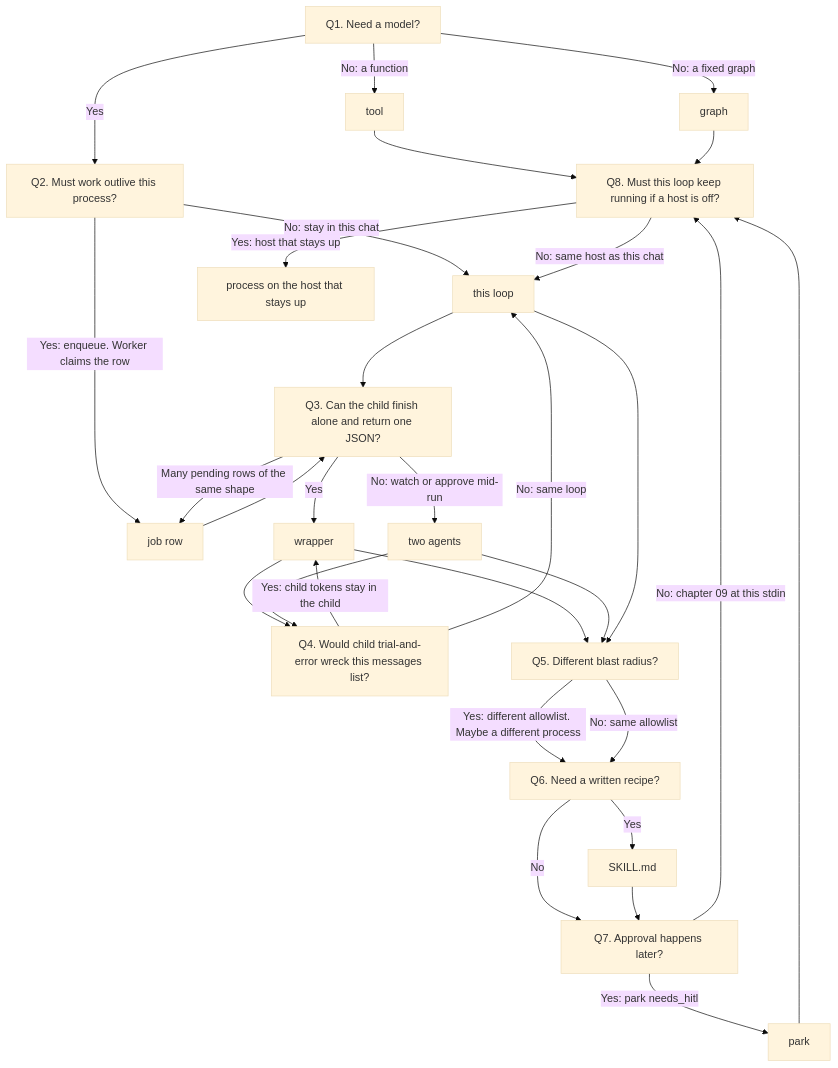
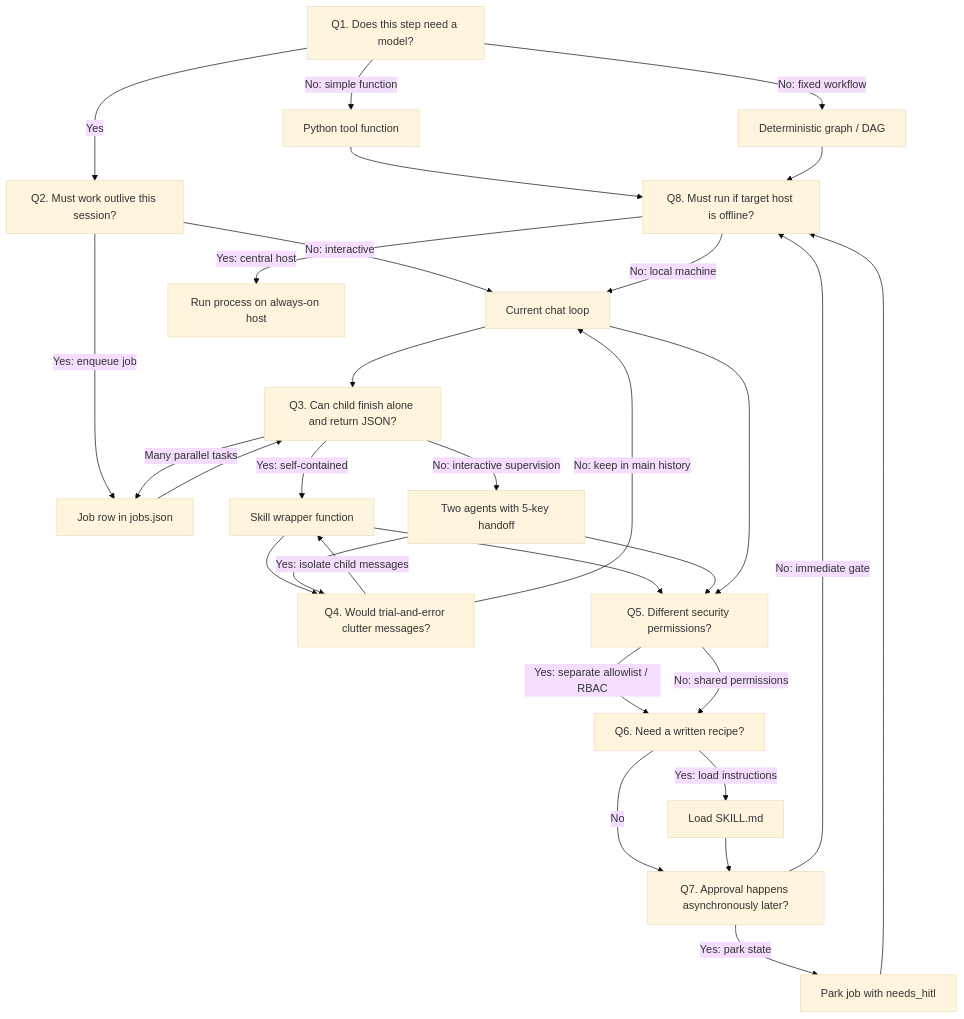
One commit to jacobbweber/AgenticAI-Labs changed the diagram in resources/decisions/01_when_x_vs_y.md. Above: the diagram before and after it, drawn with Mermaid (base theme). The commit also changed other lines of this file and 123 other files, not shown here.

````diff
--- a/resources/decisions/01_when_x_vs_y.md
+++ b/resources/decisions/01_when_x_vs_y.md
@@ -64,49 +72,50 @@
 ```mermaid
 flowchart TD
-    dec01_q1["Q1. Need a model?"]
-    dec01_tool["tool"]
-    dec01_graph["graph"]
-    dec01_q2["Q2. Must work outlive this process?"]
-    dec01_job["job row"]
-    dec01_loop["this loop"]
-    dec01_q3["Q3. Can the child finish alone and return one JSON?"]
-    dec01_wrap["wrapper"]
-    dec01_two["two agents"]
-    dec01_q4["Q4. Would child trial-and-error wreck this messages list?"]
-    dec01_q5["Q5. Different blast radius?"]
+    dec01_q1["Q1. Does this step need a model?"]
+    dec01_tool["Python tool function"]
+    dec01_graph["Deterministic graph / DAG"]
+    dec01_q2["Q2. Must work outlive this session?"]
+    dec01_job["Job row in jobs.json"]
+    dec01_loop["Current chat loop"]
+    dec01_q3["Q3. Can child finish alone and return JSON?"]
+    dec01_wrap["Skill wrapper function"]
+    dec01_two["Two agents with 5-key handoff"]
+    dec01_q4["Q4. Would trial-and-error clutter messages?"]
+    dec01_q5["Q5. Different security permissions?"]
     dec01_q6["Q6. Need a written recipe?"]
-    dec01_skill["SKILL.md"]
-    dec01_q7["Q7. Approval happens later?"]
-    dec01_park["park"]
-    dec01_q8["Q8. Must this loop keep running if a host is off?"]
-    dec01_host_up["process on the host that stays up"]
-    dec01_q1 -->|"No: a function"| dec01_tool
-    dec01_q1 -->|"No: a fixed graph"| dec01_graph
+    dec01_skill["Load SKILL.md"]
+    dec01_q7["Q7. Approval happens asynchronously later?"]
+    dec01_park["Park job with needs_hitl"]
+    dec01_q8["Q8. Must run if target host is offline?"]
+    dec01_host_up["Run process on always-on host"]
+    
+    dec01_q1 -->|"No: simple function"| dec01_tool
+    dec01_q1 -->|"No: fixed workflow"| dec01_graph
     dec01_q1 -->|"Yes"| dec01_q2
-    dec01_q2 -->|"Yes: enqueue. Worker claims the row"| dec01_job
-    dec01_q2 -->|"No: stay in this chat"| dec01_loop
+    dec01_q2 -->|"Yes: enqueue job"| dec01_job
+    dec01_q2 -->|"No: interactive"| dec01_loop
     dec01_job --> dec01_q3
     dec01_loop --> dec01_q3
-    dec01_q3 -->|"Yes"| dec01_wrap
-    dec01_q3 -->|"No: watch or approve mid-run"| dec01_two
-    dec01_q3 -->|"Many pending rows of the same shape"| dec01_job
+    dec01_q3 -->|"Yes: self-contained"| dec01_wrap
+    dec01_q3 -->|"No: interactive supervision"| dec01_two
+    dec01_q3 -->|"Many parallel tasks"| dec01_job
     dec01_wrap --> dec01_q4
     dec01_two --> dec01_q4
-    dec01_q4 -->|"Yes: child tokens stay in the child"| dec01_wrap
-    dec01_q4 -->|"No: same loop"| dec01_loop
+    dec01_q4 -->|"Yes: isolate child messages"| dec01_wrap
+    dec01_q4 -->|"No: keep in main history"| dec01_loop
     dec01_wrap --> dec01_q5
     dec01_two --> dec01_q5
     dec01_loop --> dec01_q5
-    dec01_q5 -->|"Yes: different allowlist. Maybe a different process"| dec01_q6
-    dec01_q5 -->|"No: same allowlist"| dec01_q6
-    dec01_q6 -->|"Yes"| dec01_skill
+    dec01_q5 -->|"Yes: separate allowlist / RBAC"| dec01_q6
+    dec01_q5 -->|"No: shared permissions"| dec01_q6
+    dec01_q6 -->|"Yes: load instructions"| dec01_skill
     dec01_q6 -->|"No"| dec01_q7
     dec01_skill --> dec01_q7
-    dec01_q7 -->|"Yes: park needs_hitl"| dec01_park
-    dec01_q7 -->|"No: chapter 09 at this stdin"| dec01_q8
+    dec01_q7 -->|"Yes: park state"| dec01_park
+    dec01_q7 -->|"No: immediate gate"| dec01_q8
     dec01_park --> dec01_q8
-    dec01_q8 -->|"Yes: host that stays up"| dec01_host_up
-    dec01_q8 -->|"No: same host as this chat"| dec01_loop
+    dec01_q8 -->|"Yes: central host"| dec01_host_up
+    dec01_q8 -->|"No: local machine"| dec01_loop
     dec01_tool --> dec01_q8
     dec01_graph --> dec01_q8
 ```
````
